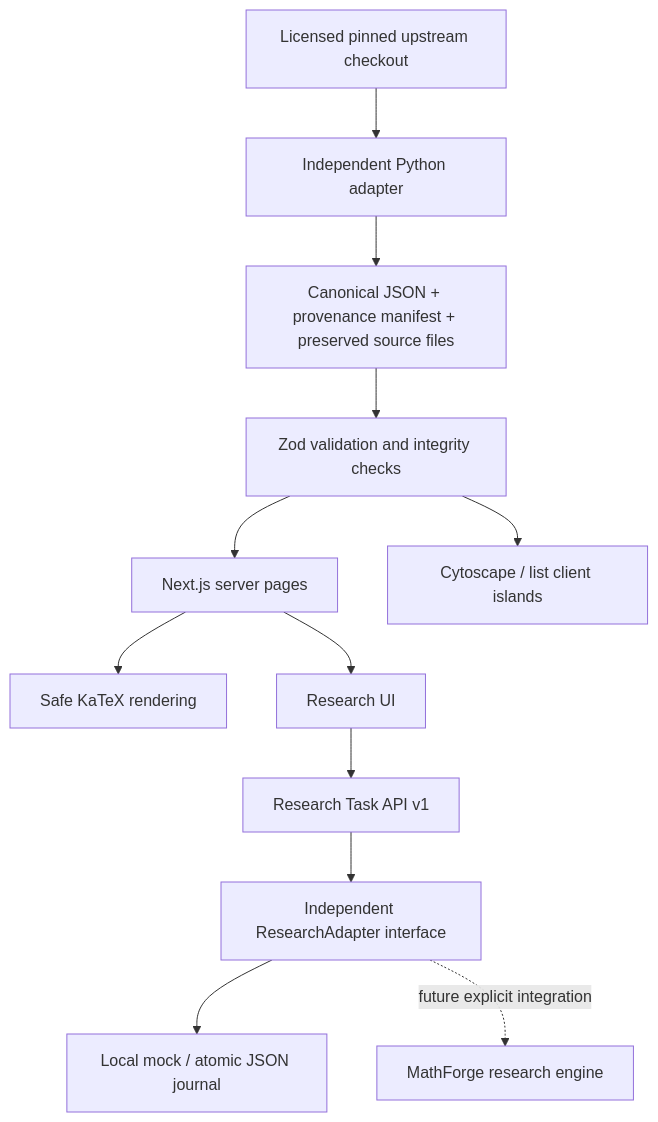
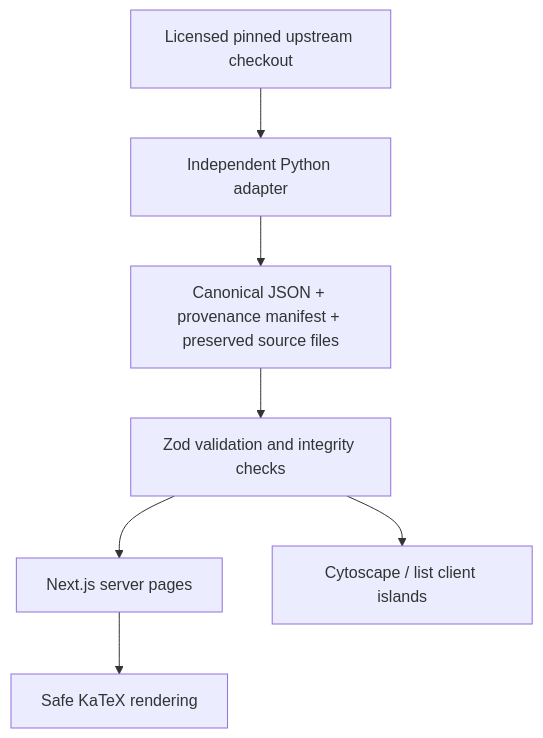
The diagram in docs/architecture.md (RanchoTao/ConjMap), drawn with Mermaid before and after one commit. The commit also changed other lines of this file and 49 other files, not shown here.

First line of the commit message:
Maintenance: patch deps, data-source notice, monthly upstream sync, drop MathForge code

````diff
--- a/docs/architecture.md
+++ b/docs/architecture.md
@@ -27,14 +23,9 @@
 ```mermaid
 flowchart TD
     U[Licensed pinned upstream checkout] --> P[Independent Python adapter]
     P --> J[Canonical JSON + provenance manifest + preserved source files]
     J --> Z[Zod validation and integrity checks]
     Z --> N[Next.js server pages]
     Z --> C[Cytoscape / list client islands]
     N --> K[Safe KaTeX rendering]
-    N --> R[Research UI]
-    R --> A[Research Task API v1]
-    A --> I[Independent ResearchAdapter interface]
-    I --> M[Local mock / atomic JSON journal]
-    I -. future explicit integration .-> F[MathForge research engine]
 ```
````
